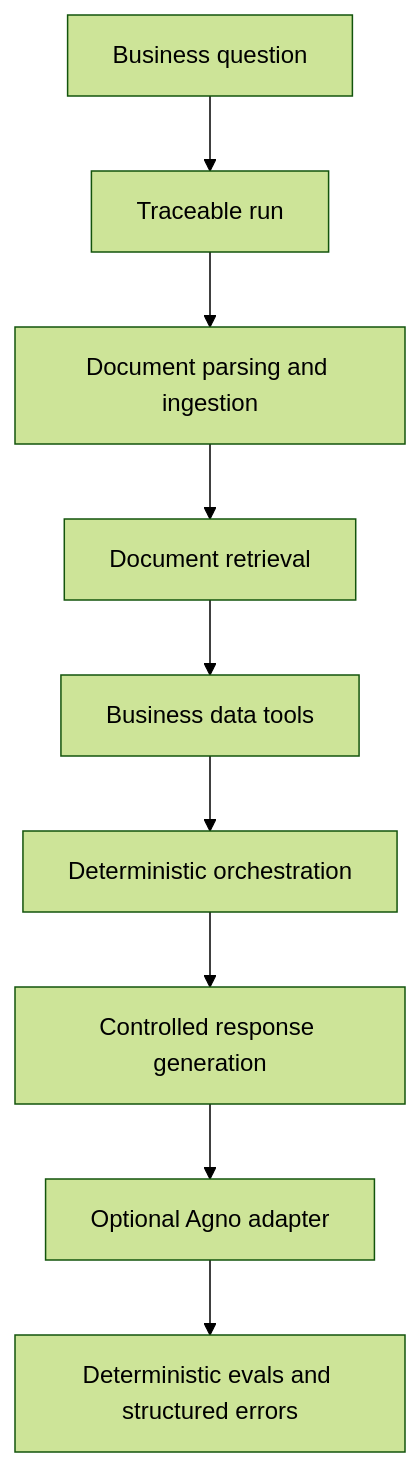
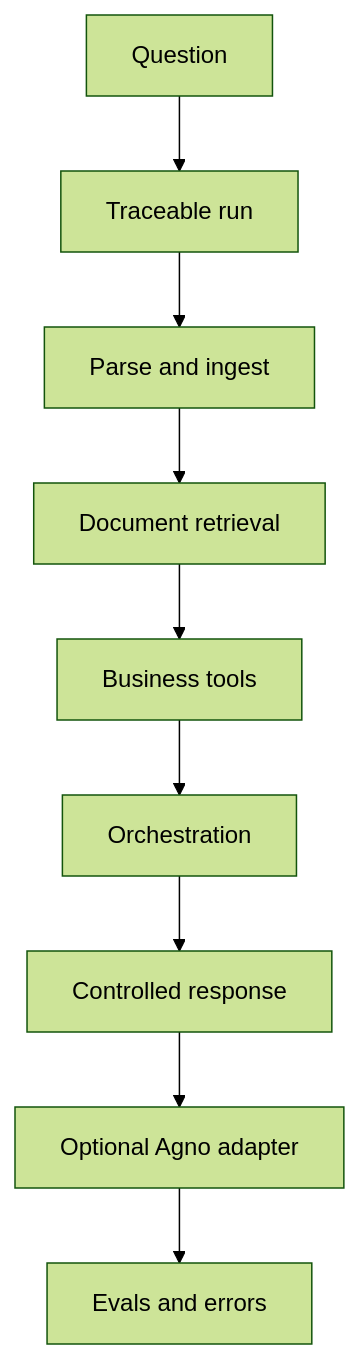
The diagram in docs/demo.md (signal-layer-labs/signal-layer-agentic-rag-workbench), drawn with Mermaid (forest theme) before and after one commit. The commit also changed other lines of this file and 3 other files, not shown here.

````diff
--- a/docs/demo.md
+++ b/docs/demo.md
@@ -24,14 +24,14 @@
 ```mermaid
 flowchart TD
-    A[Business question]
+    A[Question]
     B[Traceable run]
-    C[Document parsing and ingestion]
+    C[Parse and ingest]
     D[Document retrieval]
-    E[Business data tools]
-    F[Deterministic orchestration]
-    G[Controlled response generation]
+    E[Business tools]
+    F[Orchestration]
+    G[Controlled response]
     H[Optional Agno adapter]
-    I[Deterministic evals and structured errors]
+    I[Evals and errors]
 
     A --> B --> C --> D --> E --> F --> G --> H --> I
 ```
````
